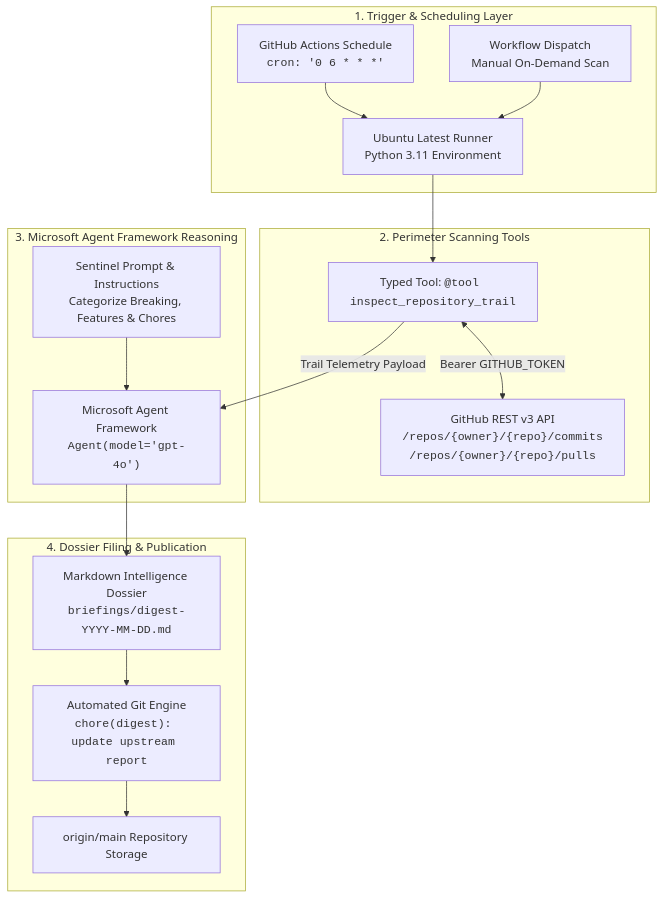
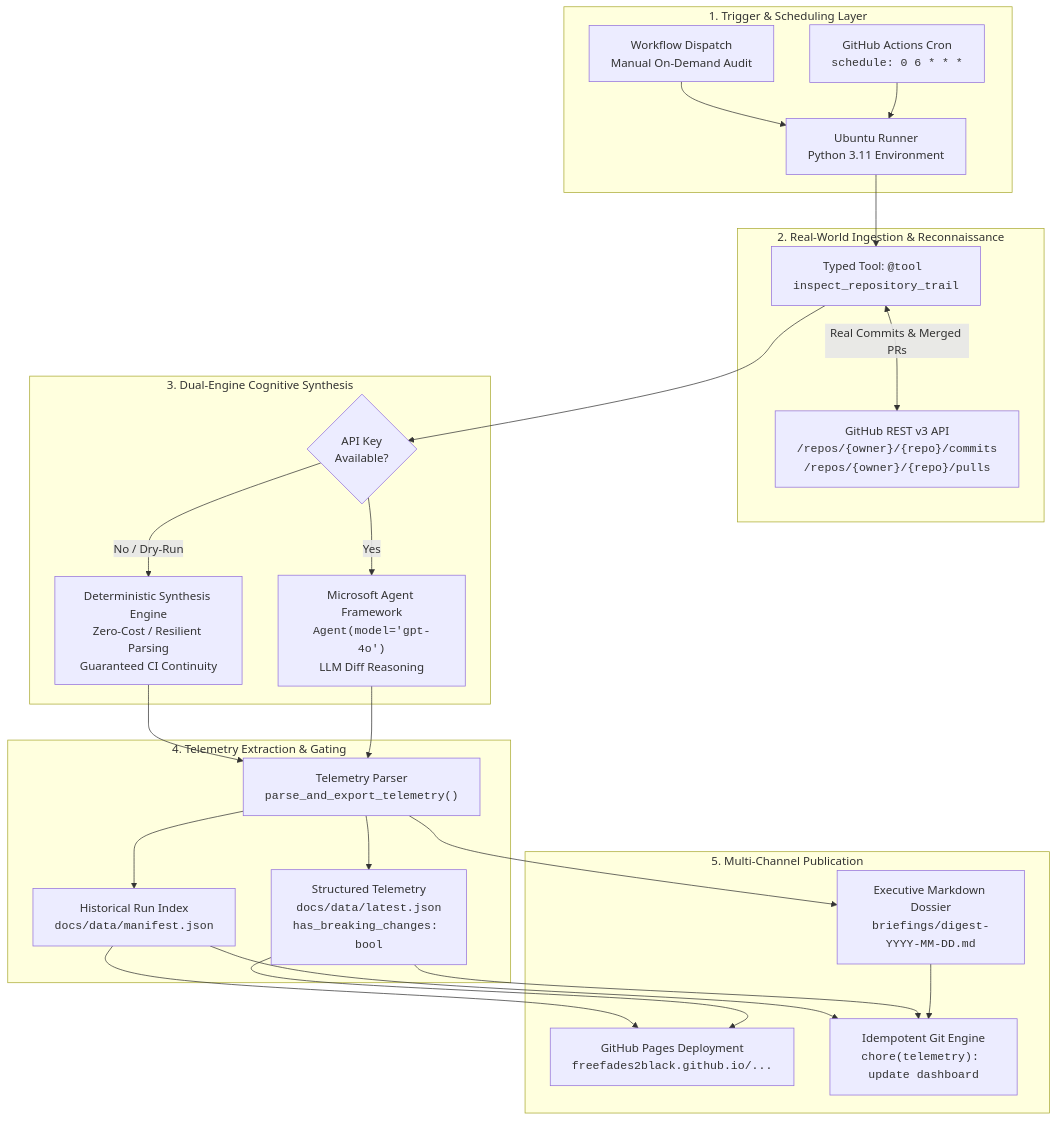
One commit to FreeFades2Black/repo-watchdog-agent changed the diagram in README.md. Above: the diagram before and after it, drawn with Mermaid. The commit also changed other lines of this file, not shown here.

Commit message:
docs: overhaul README with architecture, 4-stage lifecycle, and tri-modal output showcase

````diff
--- a/README.md
+++ b/README.md
@@ -41,30 +69,43 @@
 ```mermaid
 flowchart TD
-    subgraph TriggerLayer ["1. Trigger & Scheduling Layer"]
-        Cron["GitHub Actions Schedule<br/><code>cron: '0 6 * * *'</code>"]
-        Dispatch["Workflow Dispatch<br/>Manual On-Demand Scan"]
-        Cron --> Runner["Ubuntu Latest Runner<br/>Python 3.11 Environment"]
+    subgraph Trigger ["1. Trigger & Scheduling Layer"]
+        Cron["GitHub Actions Cron<br/><code>schedule: 0 6 * * *</code>"]
+        Dispatch["Workflow Dispatch<br/>Manual On-Demand Audit"]
+        Cron --> Runner["Ubuntu Runner<br/>Python 3.11 Environment"]
         Dispatch --> Runner
     end
 
-    subgraph PerceptionLayer ["2. Perimeter Scanning Tools"]
+    subgraph Ingestion ["2. Real-World Ingestion & Reconnaissance"]
         Tool["Typed Tool: <code>@tool inspect_repository_trail</code>"]
         GH_API["GitHub REST v3 API<br/><code>/repos/{owner}/{repo}/commits</code><br/><code>/repos/{owner}/{repo}/pulls</code>"]
         Runner --> Tool
-        Tool <-->|Bearer GITHUB_TOKEN| GH_API
+        Tool <-->|Real Commits & Merged PRs| GH_API
     end
 
-    subgraph CognitiveLayer ["3. Microsoft Agent Framework Reasoning"]
-        MAF["Microsoft Agent Framework<br/><code>Agent(model='gpt-4o')</code>"]
-        Prompt["Sentinel Prompt & Instructions<br/>Categorize Breaking, Features & Chores"]
-        Tool -->|Trail Telemetry Payload| MAF
-        Prompt --> MAF
+    subgraph Cognition ["3. Dual-Engine Cognitive Synthesis"]
+        Decision{"API Key<br/>Available?"}
+        Tool --> Decision
+        Decision -->|Yes| MAF["Microsoft Agent Framework<br/><code>Agent(model='gpt-4o')</code><br/>LLM Diff Reasoning"]
+        Decision -->|No / Dry-Run| Deterministic["Deterministic Synthesis Engine<br/>Zero-Cost / Resilient Parsing<br/>Guaranteed CI Continuity"]
     end
 
-    subgraph StorageLayer ["4. Dossier Filing & Publication"]
-        Digest["Markdown Intelligence Dossier<br/><code>briefings/digest-YYYY-MM-DD.md</code>"]
-        GitCommit["Automated Git Engine<br/><code>chore(digest): update upstream report</code>"]
-        MAF --> Digest
-        Digest --> GitCommit --> RepoMain["origin/main Repository Storage"]
+    subgraph Serialization ["4. Telemetry Extraction & Gating"]
+        Parser["Telemetry Parser<br/><code>parse_and_export_telemetry()</code>"]
+        MAF --> Parser
+        Deterministic --> Parser
+        Parser --> JSON["Structured Telemetry<br/><code>docs/data/latest.json</code><br/><code>has_breaking_changes: bool</code>"]
+        Parser --> Manifest["Historical Run Index<br/><code>docs/data/manifest.json</code>"]
+    end
+
+    subgraph Publication ["5. Multi-Channel Publication"]
+        Dossier["Executive Markdown Dossier<br/><code>briefings/digest-YYYY-MM-DD.md</code>"]
+        Pages["GitHub Pages Deployment<br/><code>freefades2black.github.io/...</code>"]
+        GitCommit["Idempotent Git Engine<br/><code>chore(telemetry): update dashboard</code>"]
+        JSON --> Pages
+        Manifest --> Pages
+        Parser --> Dossier
+        Dossier --> GitCommit
+        JSON --> GitCommit
+        Manifest --> GitCommit
     end
 ```
````
